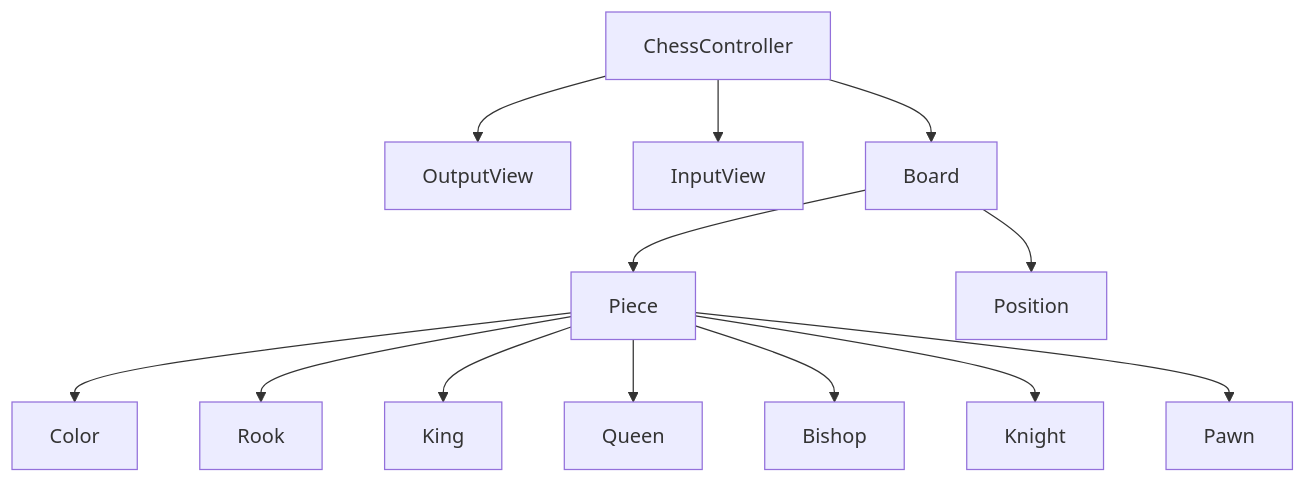
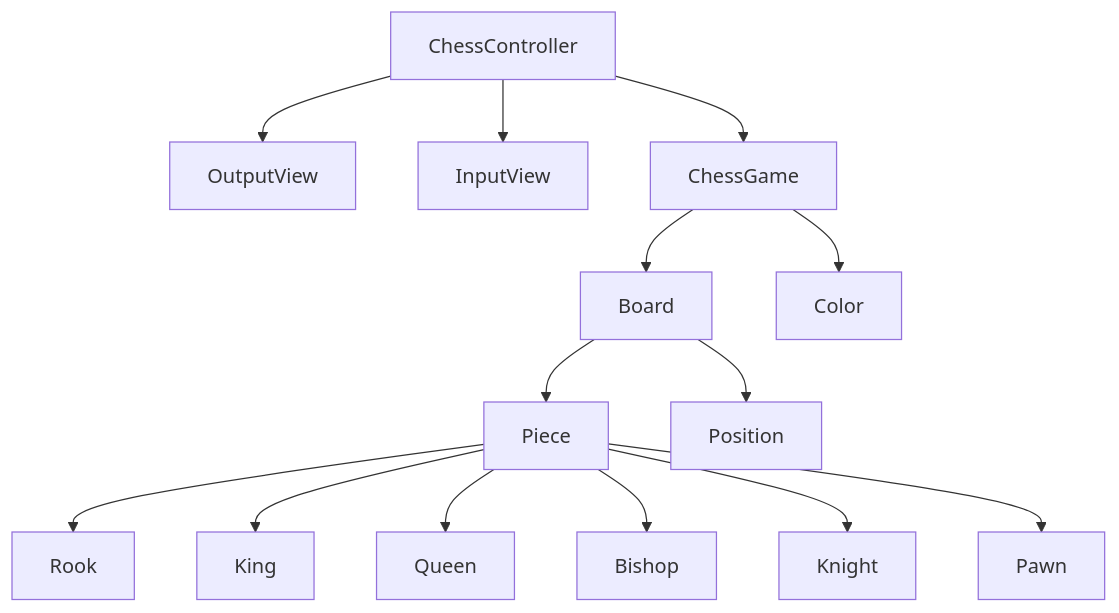
The diagram in README.md (woowacourse/java-chess), drawn with Mermaid before and after one commit. The commit also changed 11 other files, not shown here.

````diff
--- a/README.md
+++ b/README.md
@@ -9,18 +9,19 @@
 ```mermaid
 graph TD
     ChessController --> OutputView
     ChessController --> InputView
-    ChessController --> Board
+    ChessController --> ChessGame
+
+    ChessGame --> Board
+    ChessGame --> Color
 
     Board --> Piece
     Board --> Position
-
-    Piece --> Color
 
     Piece --> Rook
     Piece --> King
     Piece --> Queen
     Piece --> Bishop
     Piece --> Knight
     Piece --> Pawn
 ```
````
